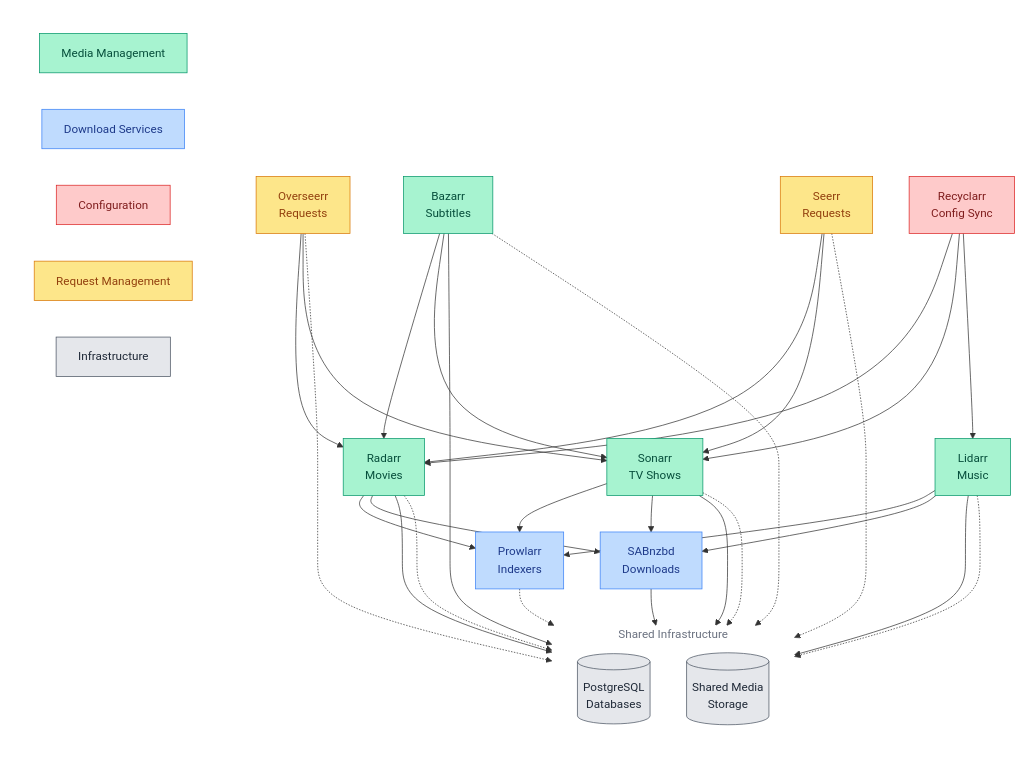
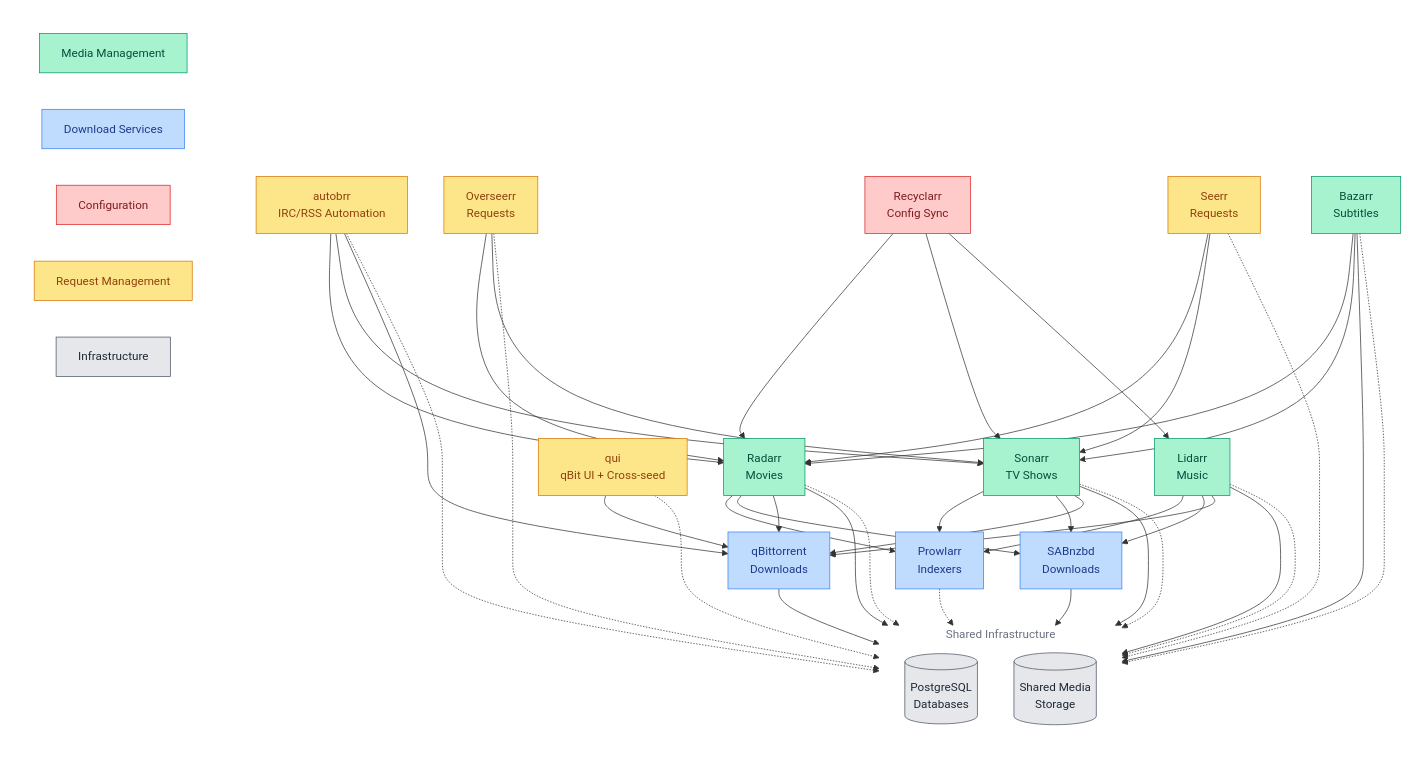
The diagram in apps/subsystems/downloaders/README.md (ppat/homelab-ops-kubernetes-apps), drawn with Mermaid before and after one commit. The commit also changed other lines of this file and 29 other files, not shown here.

Commit message:
feat(apps-downloaders): add qbittorrent (with gluetun for vpn), qui and autobrr to downloaders (#3065)

```diff
--- a/apps/subsystems/downloaders/README.md
+++ b/apps/subsystems/downloaders/README.md
@@ -51,13 +51,16 @@
     %% Download Infrastructure
     prowlarr[Prowlarr<br/>Indexers]:::download
     sabnzbd[SABnzbd<br/>Downloads]:::download
+    qbittorrent[qBittorrent<br/>Downloads]:::download
 
     %% Configuration Management
     recyclarr[Recyclarr<br/>Config Sync]:::config
 
     %% Request Management
+    autobrr[autobrr<br/>IRC/RSS Automation]:::request
     overseerr[Overseerr<br/>Requests]:::request
     seerr[Seerr<br/>Requests]:::request
+    qui[qui<br/>qBit UI + Cross-seed]:::request
 
     %% Shared Infrastructure
     subgraph infrastructure[Shared Infrastructure]
@@ -67,10 +70,14 @@
     end
 
     %% Request Flow
+    autobrr --> radarr
+    autobrr --> sonarr
+    autobrr --> qbittorrent
     overseerr --> radarr
     overseerr --> sonarr
     seerr --> radarr
     seerr --> sonarr
+    qui --> qbittorrent
 
     %% Media Management Flow
     radarr --> prowlarr
@@ -80,12 +87,16 @@
     radarr --> sabnzbd
     sonarr --> sabnzbd
     lidarr --> sabnzbd
+    radarr --> qbittorrent
+    sonarr --> qbittorrent
+    lidarr --> qbittorrent
 
     bazarr --> radarr
     bazarr --> sonarr
 
     %% Storage Access
     sabnzbd --> storage
+    qbittorrent --> storage
     radarr --> storage
     sonarr --> storage
     lidarr --> storage
@@ -97,7 +108,9 @@
     lidarr -.-> postgres
     bazarr -.-> postgres
     prowlarr -.-> postgres
+    autobrr -.-> postgres
     overseerr -.-> postgres
+    qui -.-> postgres
     seerr -.-> postgres
 
     %% Configuration Management
```
